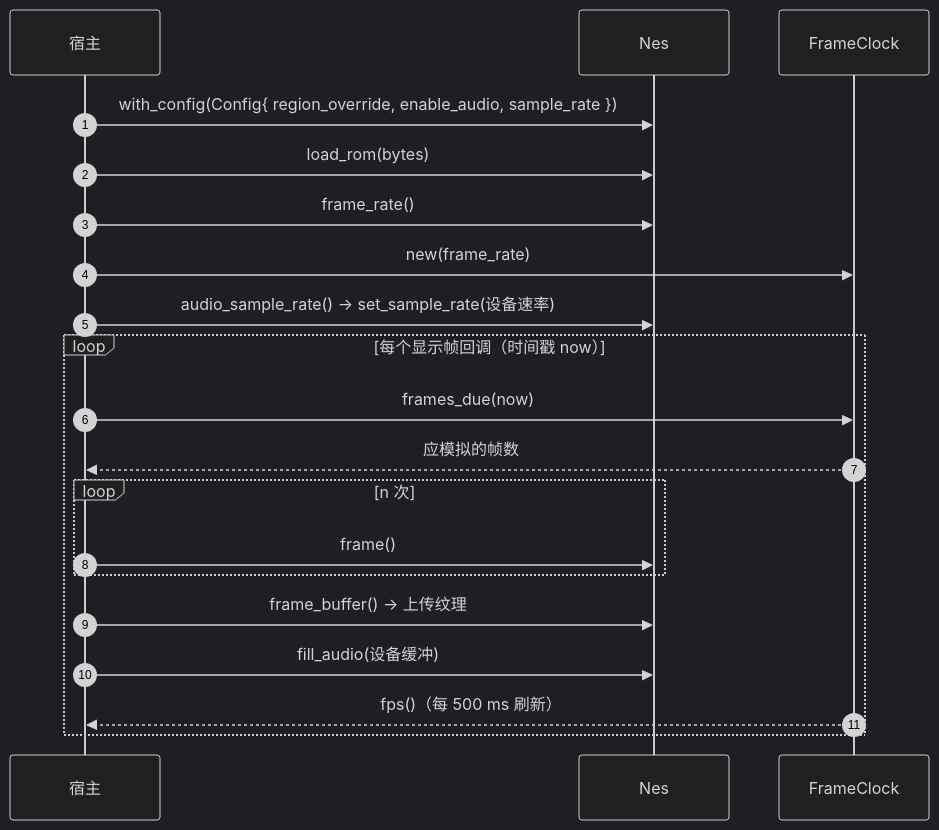
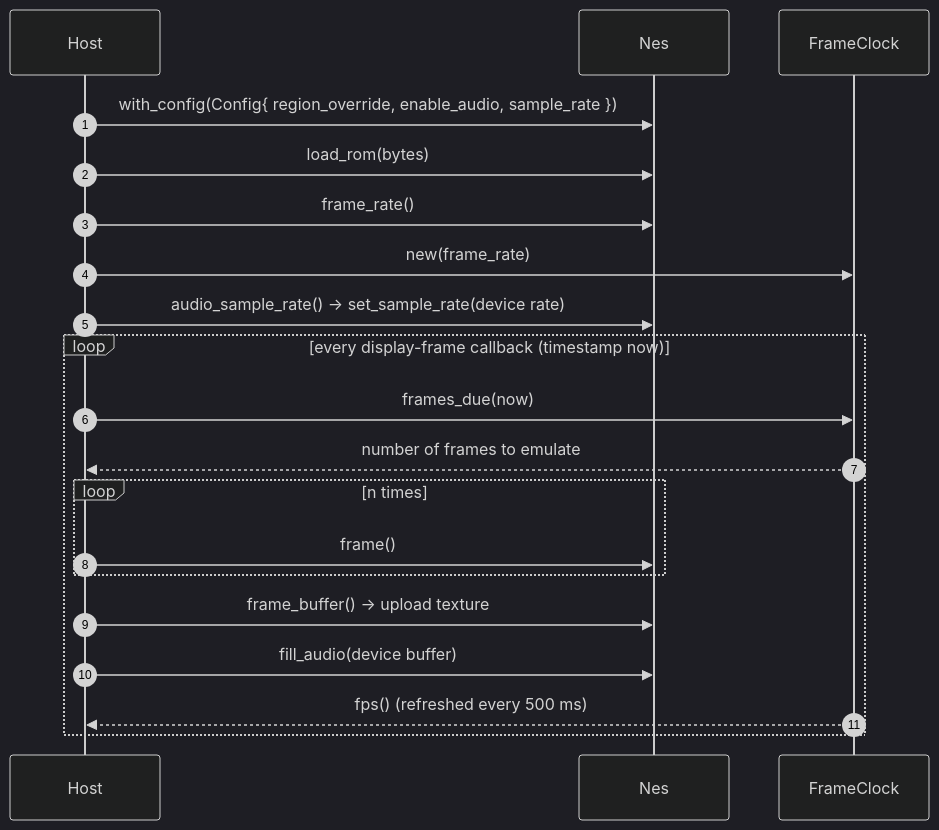
The ninth of 13 diagrams in docs/architecture.md (YufJi/nes-emulator), drawn with Mermaid (dark theme) before and after one commit. The commit also changed other lines of this file and 8 other files, not shown here.

````diff
--- a/docs/architecture.md
+++ b/docs/architecture.md
@@ -464,23 +501,23 @@
 ```mermaid
 sequenceDiagram
     autonumber
-    participant Host as 宿主
+    participant Host as Host
     participant Nes as Nes
     participant Clock as FrameClock
 
     Host->>Nes: with_config(Config{ region_override, enable_audio, sample_rate })
     Host->>Nes: load_rom(bytes)
     Host->>Nes: frame_rate()
     Host->>Clock: new(frame_rate)
-    Host->>Nes: audio_sample_rate() → set_sample_rate(设备速率)
-    loop 每个显示帧回调（时间戳 now）
+    Host->>Nes: audio_sample_rate() → set_sample_rate(device rate)
+    loop every display-frame callback (timestamp now)
         Host->>Clock: frames_due(now)
-        Clock-->>Host: 应模拟的帧数
-        loop n 次
+        Clock-->>Host: number of frames to emulate
+        loop n times
             Host->>Nes: frame()
         end
-        Host->>Nes: frame_buffer() → 上传纹理
-        Host->>Nes: fill_audio(设备缓冲)
-        Clock-->>Host: fps()（每 500 ms 刷新）
+        Host->>Nes: frame_buffer() → upload texture
+        Host->>Nes: fill_audio(device buffer)
+        Clock-->>Host: fps() (refreshed every 500 ms)
     end
 ```
````
